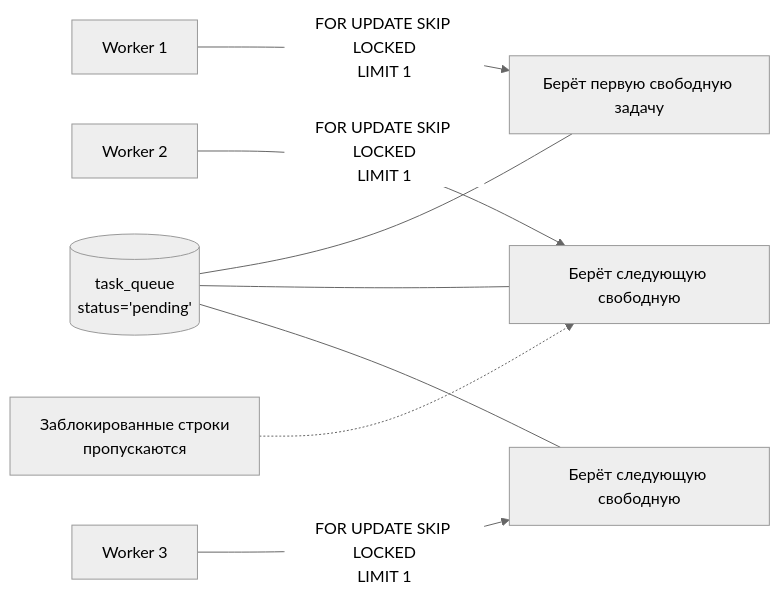
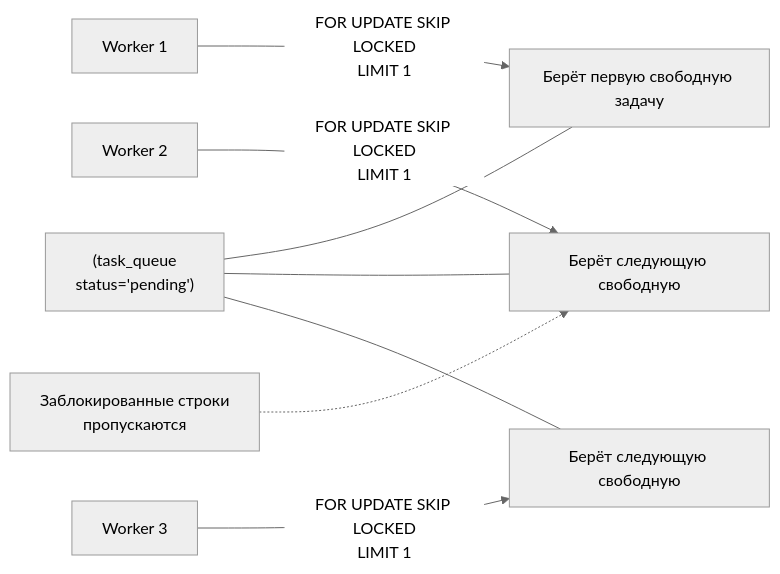
Before and after one commit to DDoSKudya/ai-study-atlas: the third of 4 diagrams in directions/cs_fundamentals/db/pact/04_tranzaktsii_i_soglasovannost/03_18_blokirovki.md, drawn with Mermaid (neutral theme). The commit also changed other lines of this file and 322 other files, not shown here.

Commit message:
fix(docs): make mermaid diagrams GitHub-compatible across directions content

````diff
--- a/directions/cs_fundamentals/db/pact/04_tranzaktsii_i_soglasovannost/03_18_blokirovki.md
+++ b/directions/cs_fundamentals/db/pact/04_tranzaktsii_i_soglasovannost/03_18_blokirovki.md
@@ -192,11 +192,11 @@
 ```mermaid
 flowchart LR
-  Q[(task_queue<br/>status='pending')]
-  W1[Worker 1] -->|FOR UPDATE SKIP LOCKED<br/>LIMIT 1| T1[Берёт первую свободную задачу]
-  W2[Worker 2] -->|FOR UPDATE SKIP LOCKED<br/>LIMIT 1| T2[Берёт следующую свободную]
-  W3[Worker 3] -->|FOR UPDATE SKIP LOCKED<br/>LIMIT 1| T3[Берёт следующую свободную]
+  Q["(task_queue<br/>status='pending')"]
+  W1["Worker 1"] -->|FOR UPDATE SKIP LOCKED<br/>LIMIT 1| T1["Берёт первую свободную задачу"]
+  W2["Worker 2"] -->|FOR UPDATE SKIP LOCKED<br/>LIMIT 1| T2["Берёт следующую свободную"]
+  W3["Worker 3"] -->|FOR UPDATE SKIP LOCKED<br/>LIMIT 1| T3["Берёт следующую свободную"]
   Q --- T1
   Q --- T2
   Q --- T3
-  Note1[Заблокированные строки<br/>пропускаются] -.-> T2
+  Note1["Заблокированные строки<br/>пропускаются"] -.-> T2
 ```
````
